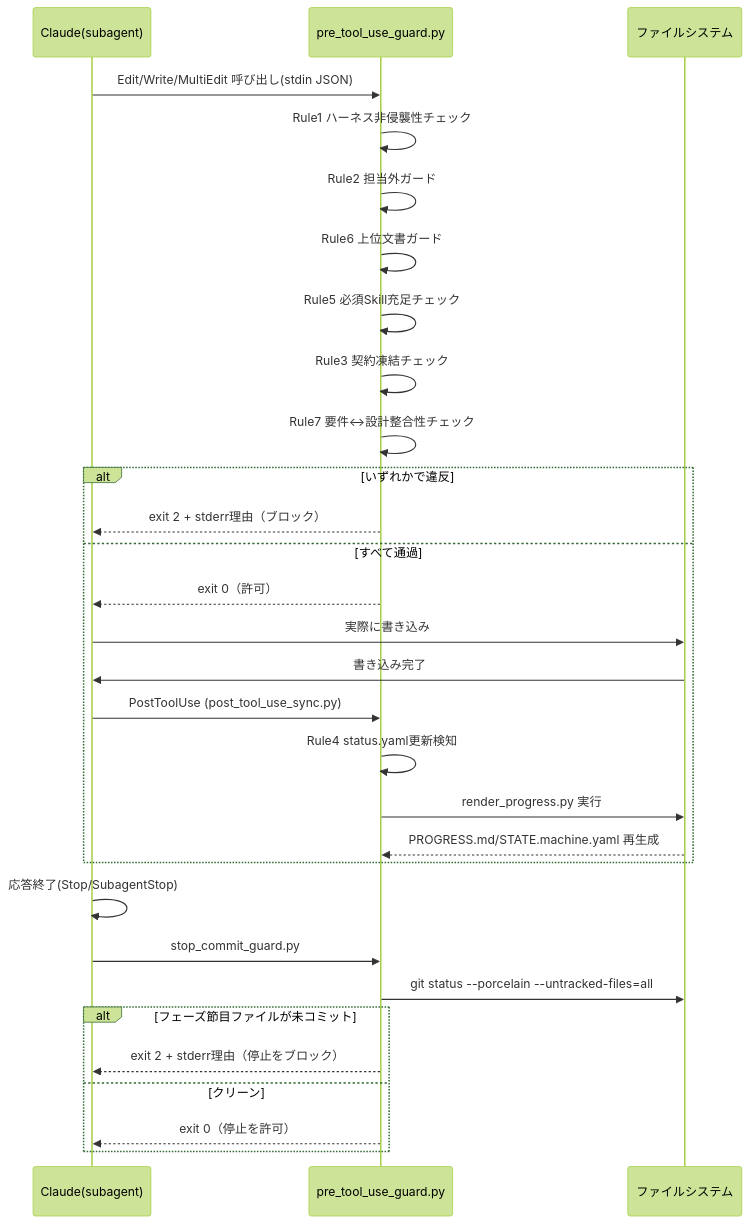
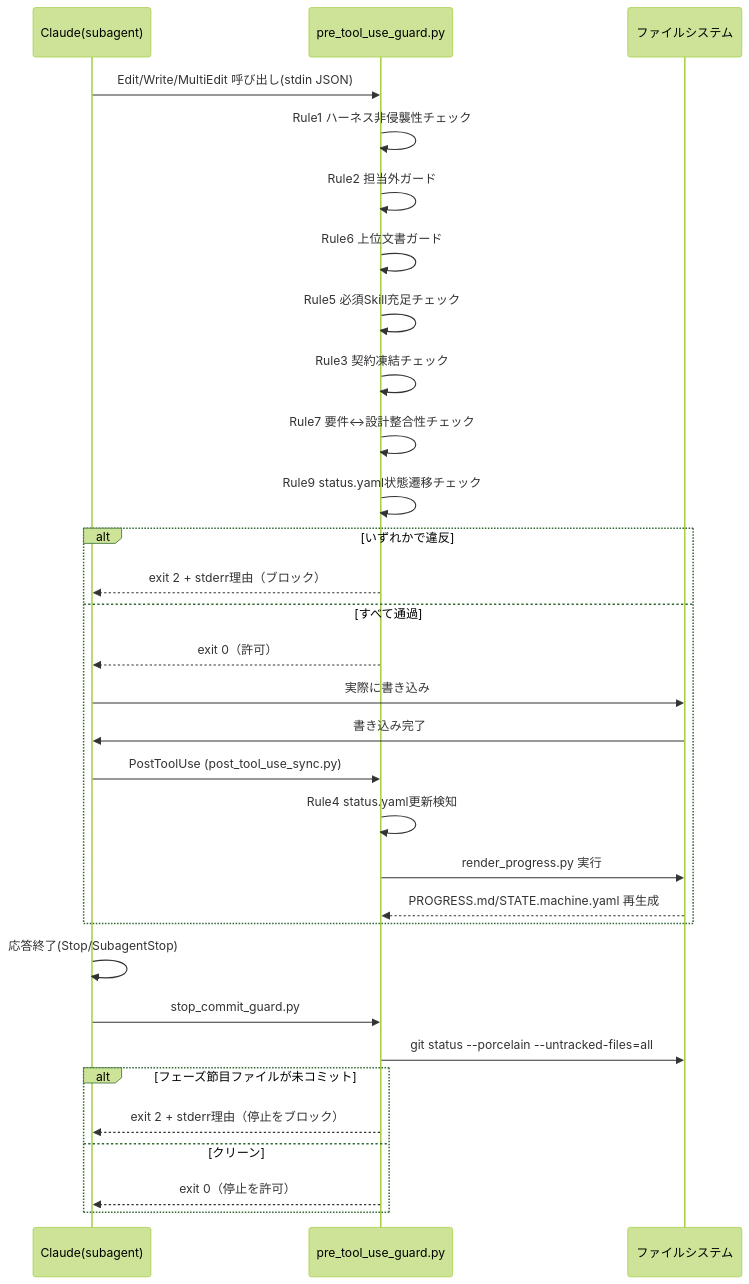
Before and after one commit to studioyukidaruma-dev/apparness: the third of 6 diagrams in HARNESS_GUIDE.md, drawn with Mermaid (forest theme). The commit also changed other lines of this file and 5 other files, not shown here.

First line of the commit message:
feat(harness): status.yamlの状態遷移の妥当性をPreToolUseフックで強制(Rule 9)

````diff
--- a/HARNESS_GUIDE.md
+++ b/HARNESS_GUIDE.md
@@ -216,33 +216,34 @@
 ```mermaid
 sequenceDiagram
     participant Agent as Claude(subagent)
     participant Hook as pre_tool_use_guard.py
     participant FS as ファイルシステム
 
     Agent->>Hook: Edit/Write/MultiEdit 呼び出し(stdin JSON)
     Hook->>Hook: Rule1 ハーネス非侵襲性チェック
     Hook->>Hook: Rule2 担当外ガード
     Hook->>Hook: Rule6 上位文書ガード
     Hook->>Hook: Rule5 必須Skill充足チェック
     Hook->>Hook: Rule3 契約凍結チェック
     Hook->>Hook: Rule7 要件↔設計整合性チェック
+    Hook->>Hook: Rule9 status.yaml状態遷移チェック
     alt いずれかで違反
         Hook-->>Agent: exit 2 + stderr理由（ブロック）
     else すべて通過
         Hook-->>Agent: exit 0（許可）
         Agent->>FS: 実際に書き込み
         FS->>Agent: 書き込み完了
         Agent->>Hook: PostToolUse (post_tool_use_sync.py)
         Hook->>Hook: Rule4 status.yaml更新検知
         Hook->>FS: render_progress.py 実行
         FS-->>Hook: PROGRESS.md/STATE.machine.yaml 再生成
     end
     Agent->>Agent: 応答終了(Stop/SubagentStop)
     Agent->>Hook: stop_commit_guard.py
     Hook->>FS: git status --porcelain --untracked-files=all
     alt フェーズ節目ファイルが未コミット
         Hook-->>Agent: exit 2 + stderr理由（停止をブロック）
     else クリーン
         Hook-->>Agent: exit 0（停止を許可）
     end
 ```
````
